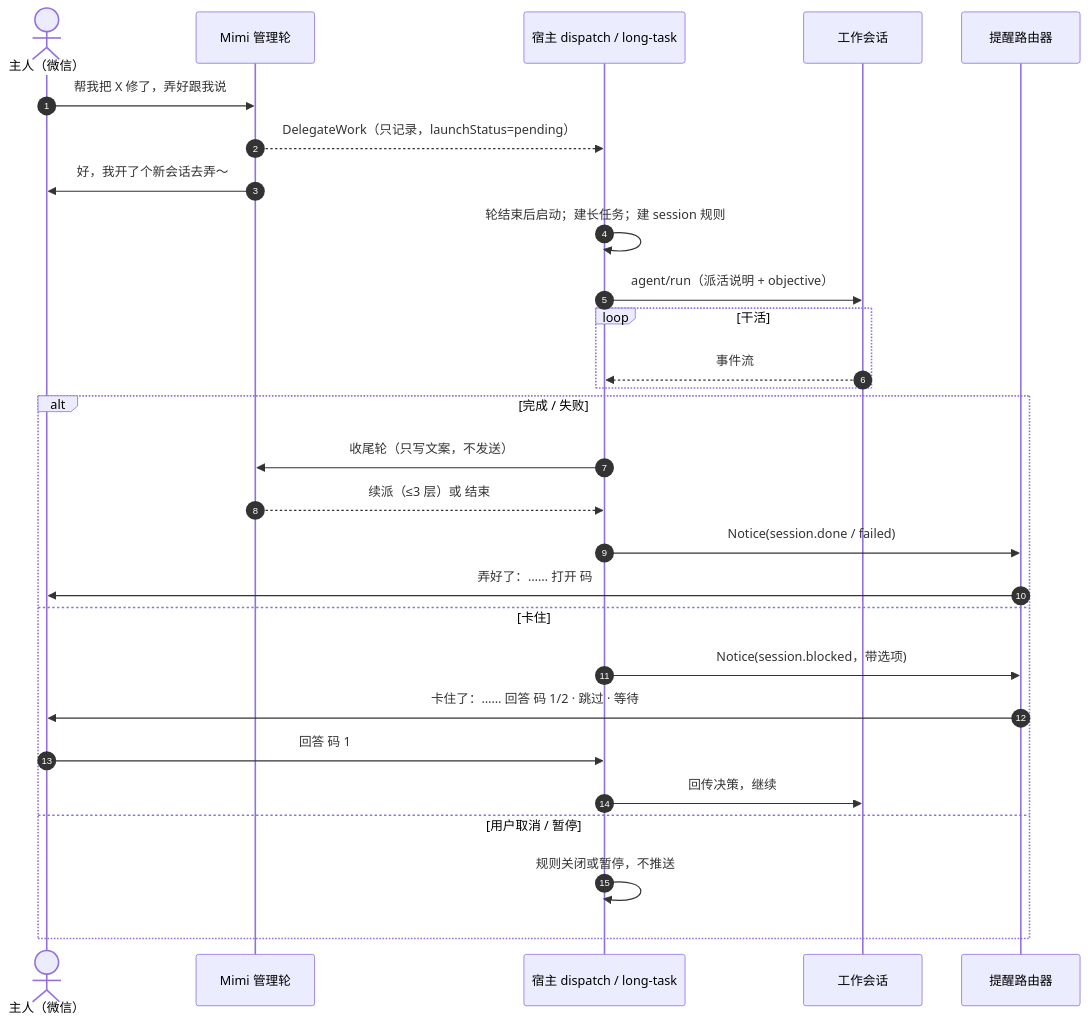
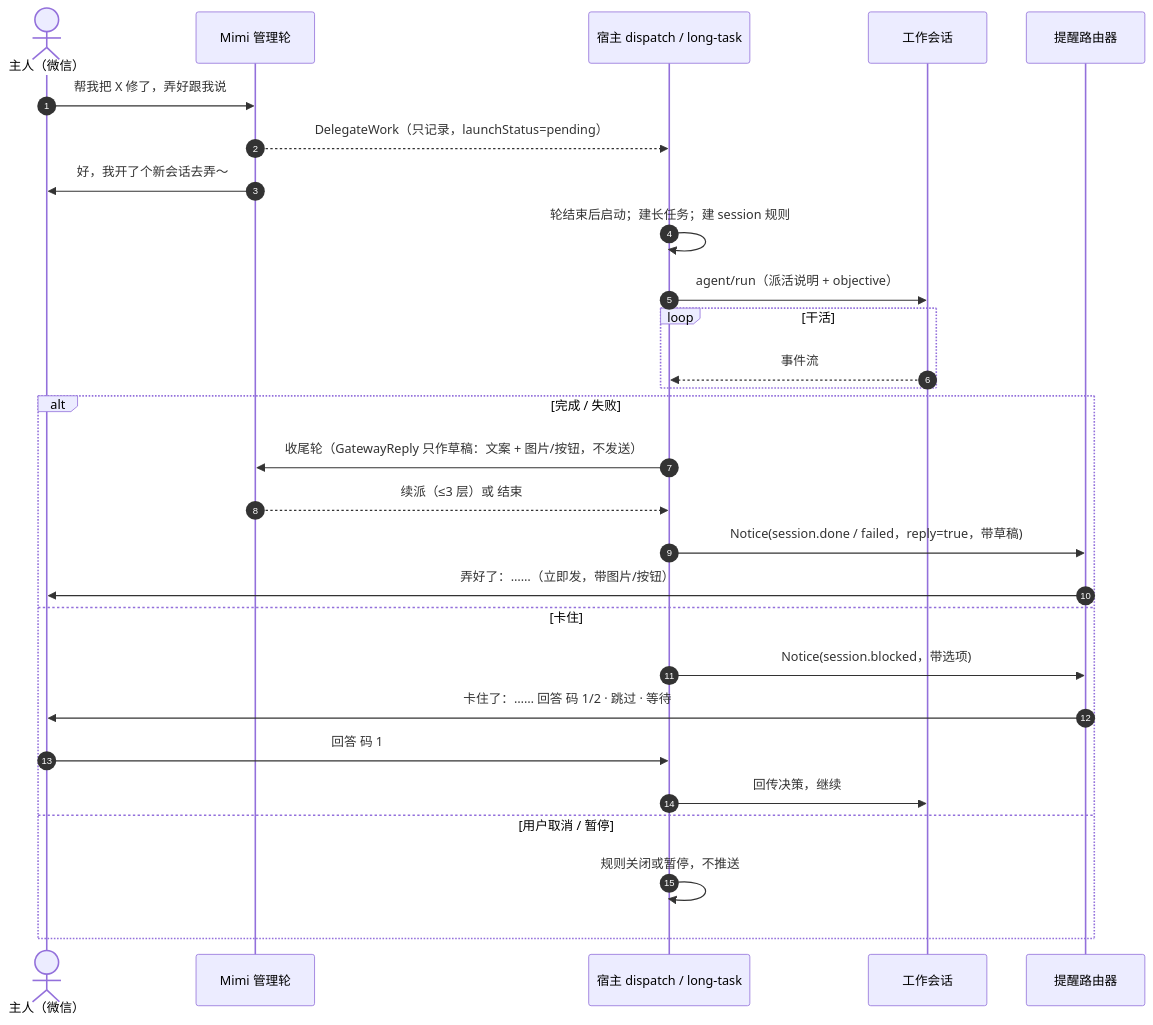
One commit to cjhyy/codeshell changed the second of 5 diagrams in docs/superpowers/specs/2026-11-09-mimi-dispatch-notify-proactivity-design.md. Above: the diagram before and after it, drawn with Mermaid. The commit also changed other lines of this file, not shown here.

First line of the commit message:
docs(pet): revise the notice design to match the 1a implementation

````diff
--- a/docs/superpowers/specs/2026-11-09-mimi-dispatch-notify-proactivity-design.md
+++ b/docs/superpowers/specs/2026-11-09-mimi-dispatch-notify-proactivity-design.md
@@ -241,31 +253,31 @@
 ```mermaid
 sequenceDiagram
   autonumber
   actor U as 主人（微信）
   participant M as Mimi 管理轮
   participant H as 宿主 dispatch / long-task
   participant W as 工作会话
   participant R as 提醒路由器
 
   U->>M: 帮我把 X 修了，弄好跟我说
   M-->>H: DelegateWork（只记录，launchStatus=pending）
   M->>U: 好，我开了个新会话去弄～
   H->>H: 轮结束后启动；建长任务；建 session 规则
   H->>W: agent/run（派活说明 + objective）
   loop 干活
     W-->>H: 事件流
   end
   alt 完成 / 失败
-    H->>M: 收尾轮（只写文案，不发送）
+    H->>M: 收尾轮（GatewayReply 只作草稿：文案 + 图片/按钮，不发送）
     M-->>H: 续派（≤3 层）或 结束
-    H->>R: Notice(session.done / failed)
-    R->>U: 弄好了：……  打开 码
+    H->>R: Notice(session.done / failed，reply=true，带草稿)
+    R->>U: 弄好了：……（立即发，带图片/按钮）
   else 卡住
     H->>R: Notice(session.blocked，带选项)
     R->>U: 卡住了：……  回答 码 1/2 · 跳过 · 等待
     U->>H: 回答 码 1
     H->>W: 回传决策，继续
   else 用户取消 / 暂停
     H->>H: 规则关闭或暂停，不推送
   end
 ```
````
